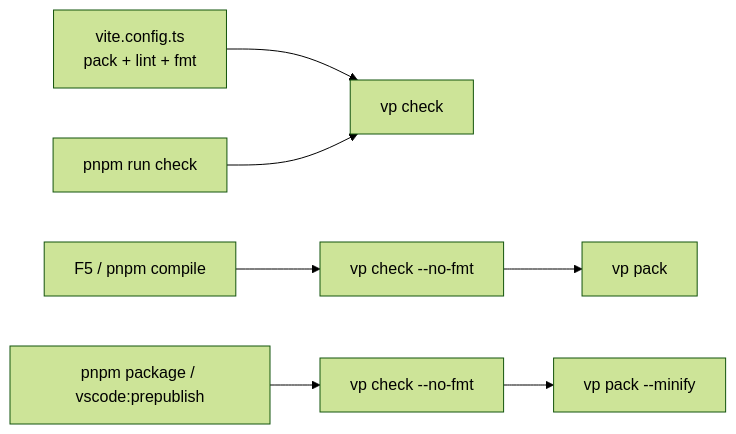
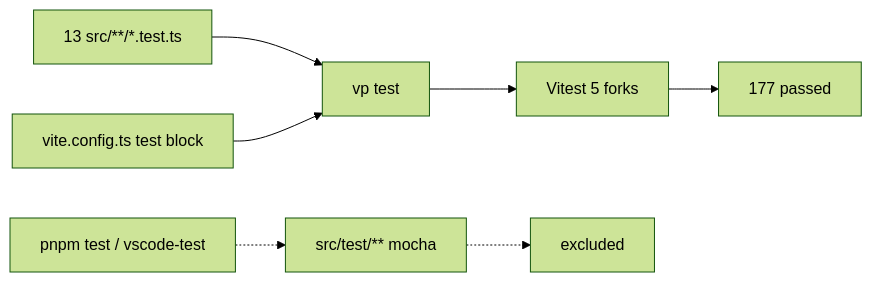
Before and after one commit to MarekBombera/cursor-design-extension: the first of 2 diagrams in blueprint/context/current-feature-overview.md, drawn with Mermaid (forest theme). The commit also changed other lines of this file and 18 other files, not shown here.

````diff
--- a/blueprint/context/current-feature-overview.md
+++ b/blueprint/context/current-feature-overview.md
@@ -14,7 +17,9 @@
 ```mermaid
 flowchart LR
-  CFG[vite.config.ts<br/>pack + lint + fmt] --> VP[vp check]
-  F5[F5 / pnpm compile] --> C1["vp check --no-fmt"] --> P1[vp pack]
-  PKG[pnpm package / vscode:prepublish] --> C2["vp check --no-fmt"] --> P2["vp pack --minify"]
-  CHK[pnpm run check] --> VP
+  TS["13 src/**/*.test.ts"] --> VP["vp test"]
+  CFG["vite.config.ts test block"] --> VP
+  VP --> VIT["Vitest 5 forks"]
+  VIT --> OK["177 passed"]
+  ELEC["src/test/** mocha"] -.-> X["excluded"]
+  PKG["pnpm test / vscode-test"] -.-> ELEC
 ```
````
